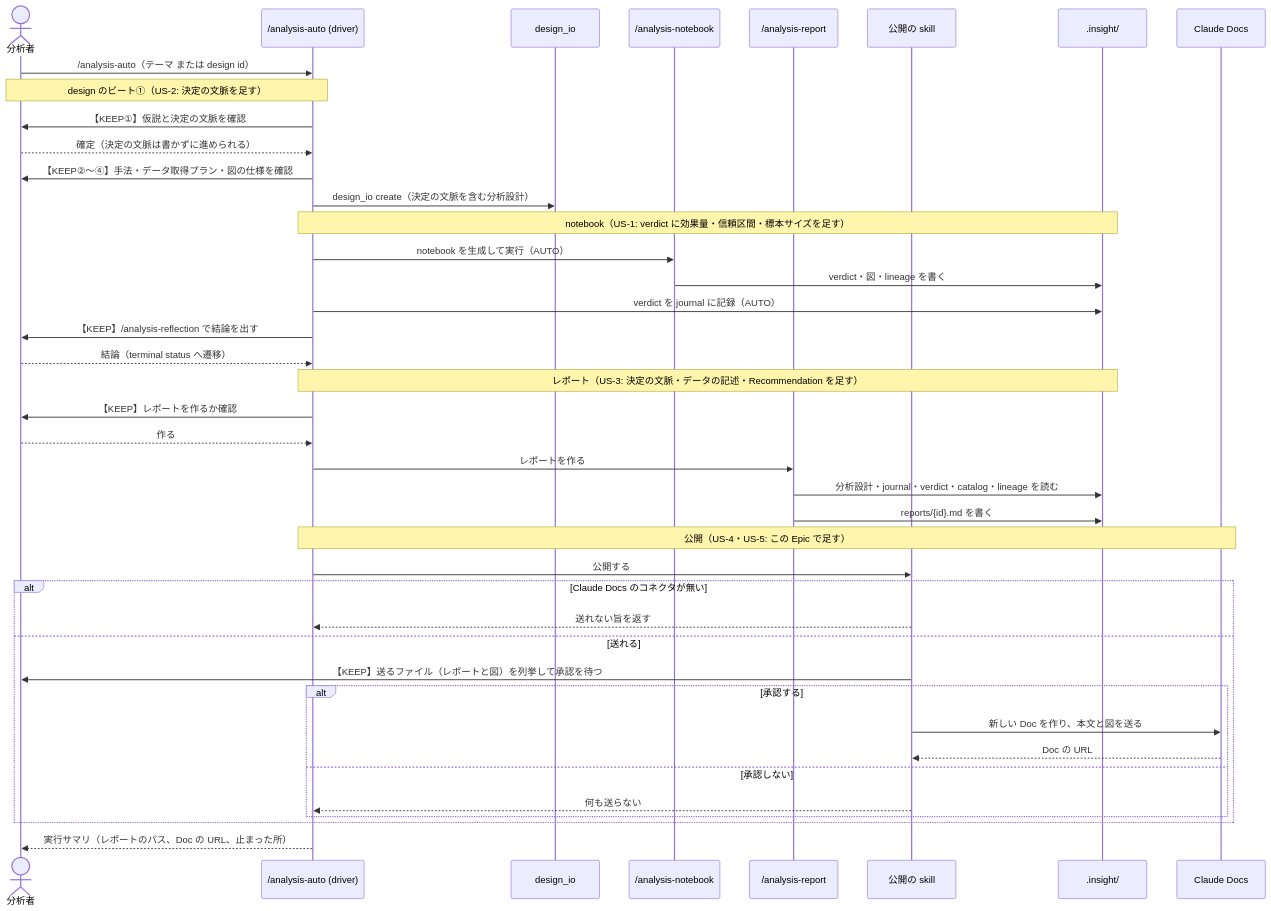
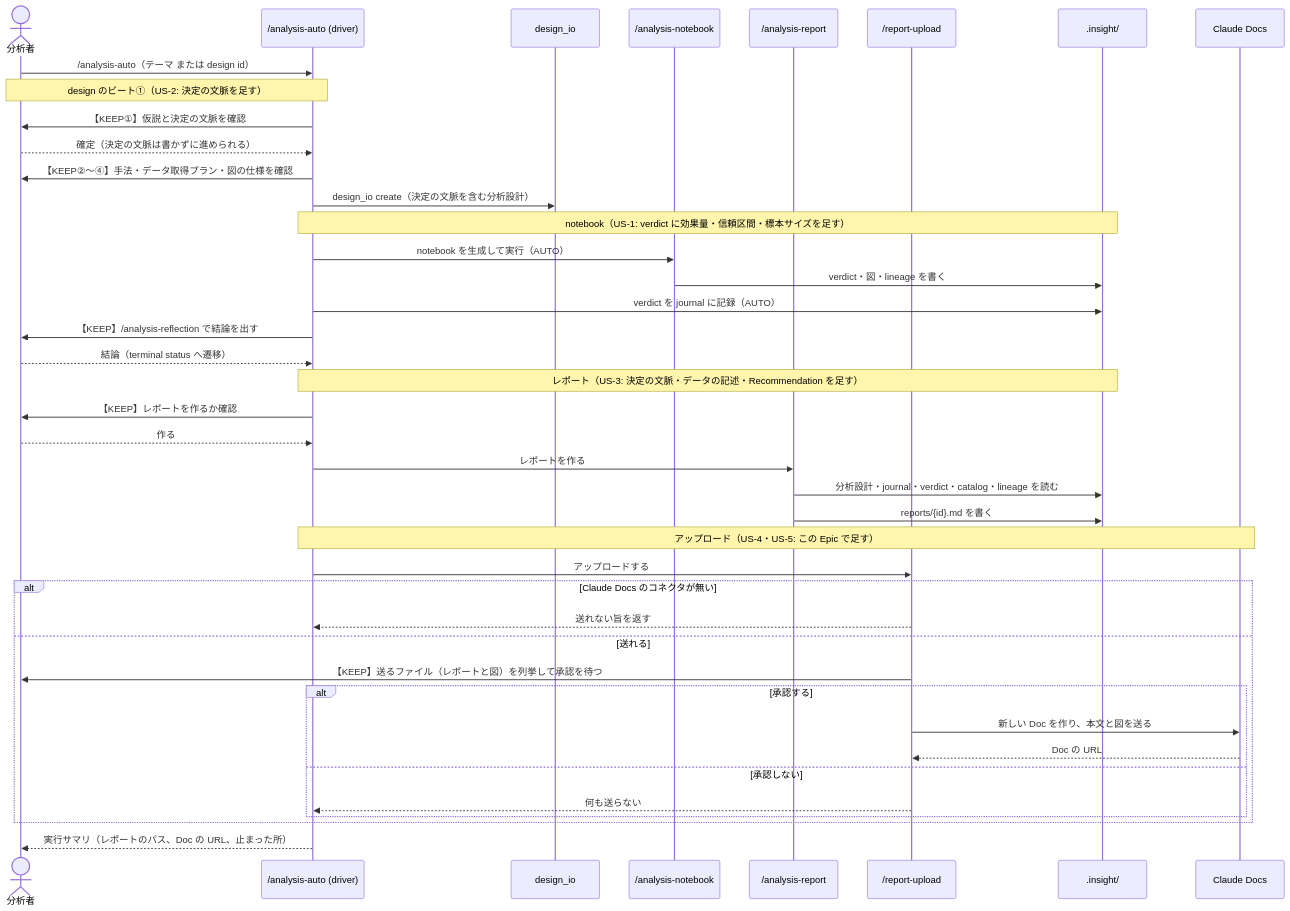
The third of 4 diagrams in docs/design/epic-12-decision-ready-report.md (etoyama/insight-blueprint-skills), drawn with Mermaid before and after one commit. The commit also changed other lines of this file and 1 other file, not shown here.

Commit message:
docs(#62): skill の名前を /report-upload に決め、US-4 の Story を反映する

````diff
--- a/docs/design/epic-12-decision-ready-report.md
+++ b/docs/design/epic-12-decision-ready-report.md
@@ -205,48 +203,48 @@
 ```mermaid
 sequenceDiagram
     actor A as 分析者
     participant D as /analysis-auto (driver)
     participant IO as design_io
     participant NB as /analysis-notebook
     participant R as /analysis-report
-    participant P as 公開の skill
+    participant P as /report-upload
     participant FS as .insight/
     participant DC as Claude Docs
 
     A->>D: /analysis-auto（テーマ または design id）
     Note over A,D: design のビート①（US-2: 決定の文脈を足す）
     D->>A: 【KEEP①】仮説と決定の文脈を確認
     A-->>D: 確定（決定の文脈は書かずに進められる）
     D->>A: 【KEEP②〜④】手法・データ取得プラン・図の仕様を確認
     D->>IO: design_io create（決定の文脈を含む分析設計）
 
     Note over D,FS: notebook（US-1: verdict に効果量・信頼区間・標本サイズを足す）
     D->>NB: notebook を生成して実行（AUTO）
     NB->>FS: verdict・図・lineage を書く
     D->>FS: verdict を journal に記録（AUTO）
 
     D->>A: 【KEEP】/analysis-reflection で結論を出す
     A-->>D: 結論（terminal status へ遷移）
 
     Note over D,FS: レポート（US-3: 決定の文脈・データの記述・Recommendation を足す）
     D->>A: 【KEEP】レポートを作るか確認
     A-->>D: 作る
     D->>R: レポートを作る
     R->>FS: 分析設計・journal・verdict・catalog・lineage を読む
     R->>FS: reports/{id}.md を書く
 
-    Note over D,DC: 公開（US-4・US-5: この Epic で足す）
-    D->>P: 公開する
+    Note over D,DC: アップロード（US-4・US-5: この Epic で足す）
+    D->>P: アップロードする
     alt Claude Docs のコネクタが無い
         P-->>D: 送れない旨を返す
     else 送れる
         P->>A: 【KEEP】送るファイル（レポートと図）を列挙して承認を待つ
         alt 承認する
             P->>DC: 新しい Doc を作り、本文と図を送る
             DC-->>P: Doc の URL
         else 承認しない
             P-->>D: 何も送らない
         end
     end
     D-->>A: 実行サマリ（レポートのパス、Doc の URL、止まった所）
 ```
````
